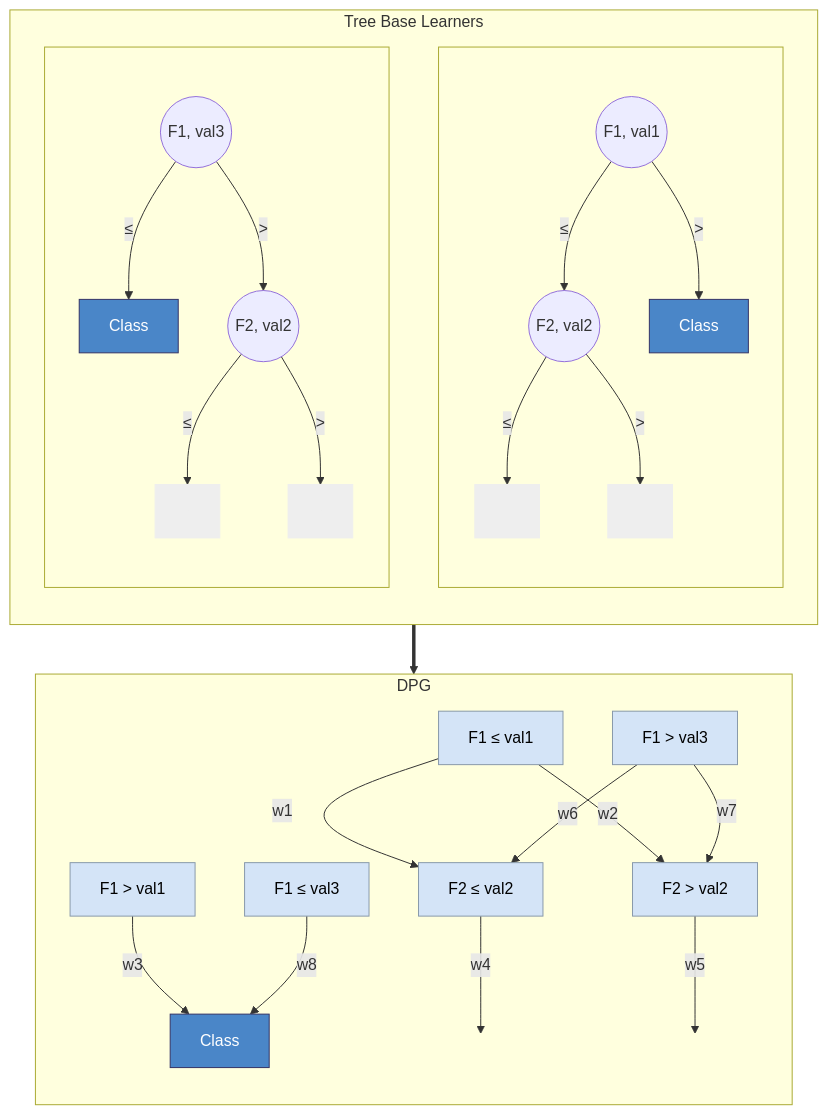
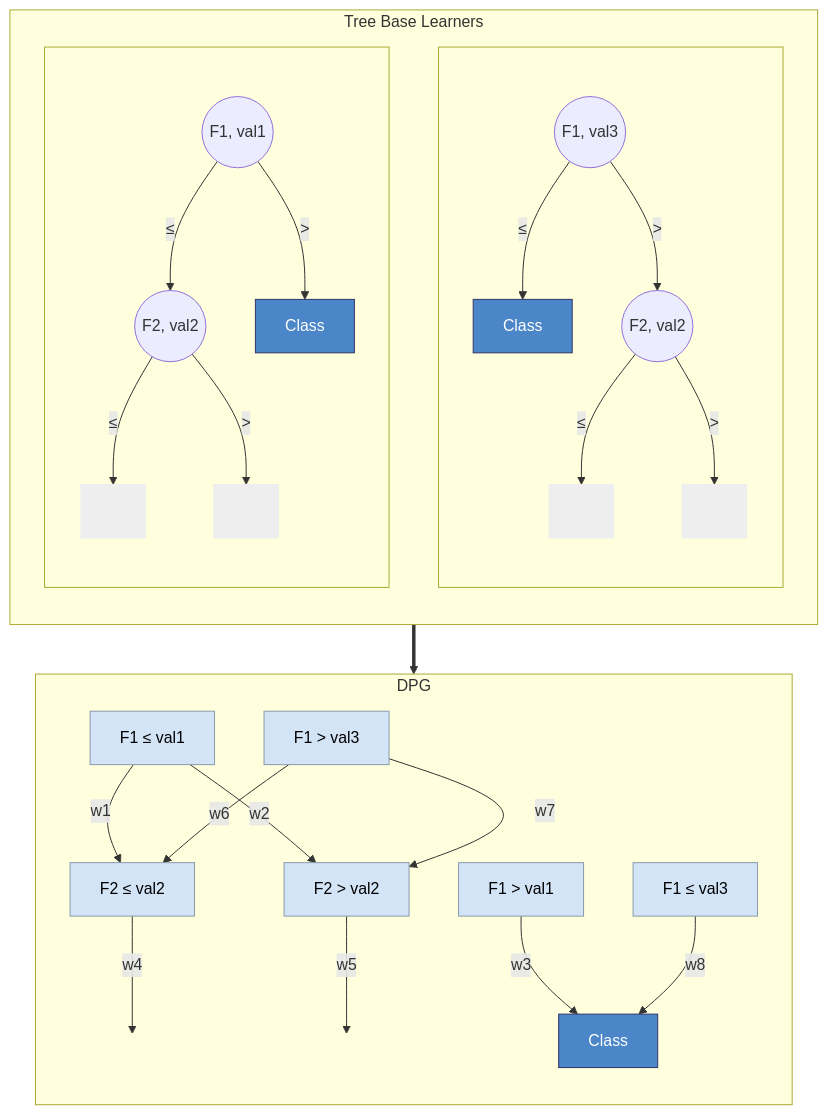
One commit to Meta-Group/DPG changed the diagram in README.md. Above: the diagram before and after it, drawn with Mermaid.

Commit message:
Reorder tree structure in diagram

````diff
--- a/README.md
+++ b/README.md
@@ -29,70 +29,75 @@
 ```mermaid
 flowchart TB
     subgraph trees ["Tree Base Learners"]
         direction TB
+        subgraph tree2 [" "]
+            direction TB
+            T2R(("F1, val3"))
+            T2C["Class"]
+            T2L(("F2, val2"))
+            T2RL["·"]
+            T2RR["·"]
+            T2R -- "≤" --> T2C
+            T2R -- ">" --> T2L
+            T2L -- "≤" --> T2RL
+            T2L -- ">" --> T2RR
+        end
         subgraph tree1 [" "]
             direction TB
             T1R(("F1, val1"))
             T1L(("F2, val2"))
             T1C["Class"]
             T1LL["·"]
             T1LR["·"]
             T1R -- "≤" --> T1L
             T1R -- ">" --> T1C
             T1L -- "≤" --> T1LL
             T1L -- ">" --> T1LR
         end
-        subgraph tree2 [" "]
-            direction TB
-            T2R(("F1, val3"))
-            T2C["Class"]
-            T2L(("F2, val2"))
-            T2RL["·"]
-            T2RR["·"]
-            T2R -- "≤" --> T2C
-            T2R -- ">" --> T2L
-            T2L -- "≤" --> T2RL
-            T2L -- ">" --> T2RR
-        end
     end
 
     trees ==> dpg
 
     subgraph dpg ["DPG"]
         direction TB
+        
+        E["F2 ≤ val2"]
+        FF["F2 > val2"]
+        G["Class"]
+
+        E -- "w4" --> Eout
+        FF -- "w5" --> Fout
+
+
+
         A["F1 ≤ val1"]
         B["F1 > val3"]
         C["F1 > val1"]
         D["F1 ≤ val3"]
-        E["F2 ≤ val2"]
-        FF["F2 > val2"]
-        G["Class"]
         Eout((" "))
         Fout((" "))
 
         A -- "w1" --> E
         A -- "w2" --> FF
         B -- "w6" --> E
         B -- "w7" --> FF
         C -- "w3" --> G
         D -- "w8" --> G
-        E -- "w4" --> Eout
-        FF -- "w5" --> Fout
     end
 
     style T1C fill:#4a86c8,color:#fff,stroke:#336
     style T2C fill:#4a86c8,color:#fff,stroke:#336
     style G fill:#4a86c8,color:#fff,stroke:#336
     style A fill:#d4e4f7,color:#000,stroke:#89a
     style B fill:#d4e4f7,color:#000,stroke:#89a
     style C fill:#d4e4f7,color:#000,stroke:#89a
     style D fill:#d4e4f7,color:#000,stroke:#89a
     style E fill:#d4e4f7,color:#000,stroke:#89a
     style FF fill:#d4e4f7,color:#000,stroke:#89a
     style T1LL fill:#eee,color:#eee,stroke:#eee
     style T1LR fill:#eee,color:#eee,stroke:#eee
     style T2RL fill:#eee,color:#eee,stroke:#eee
     style T2RR fill:#eee,color:#eee,stroke:#eee
     style Eout fill:transparent,stroke:transparent,color:transparent
     style Fout fill:transparent,stroke:transparent,color:transparent
 ```
````
